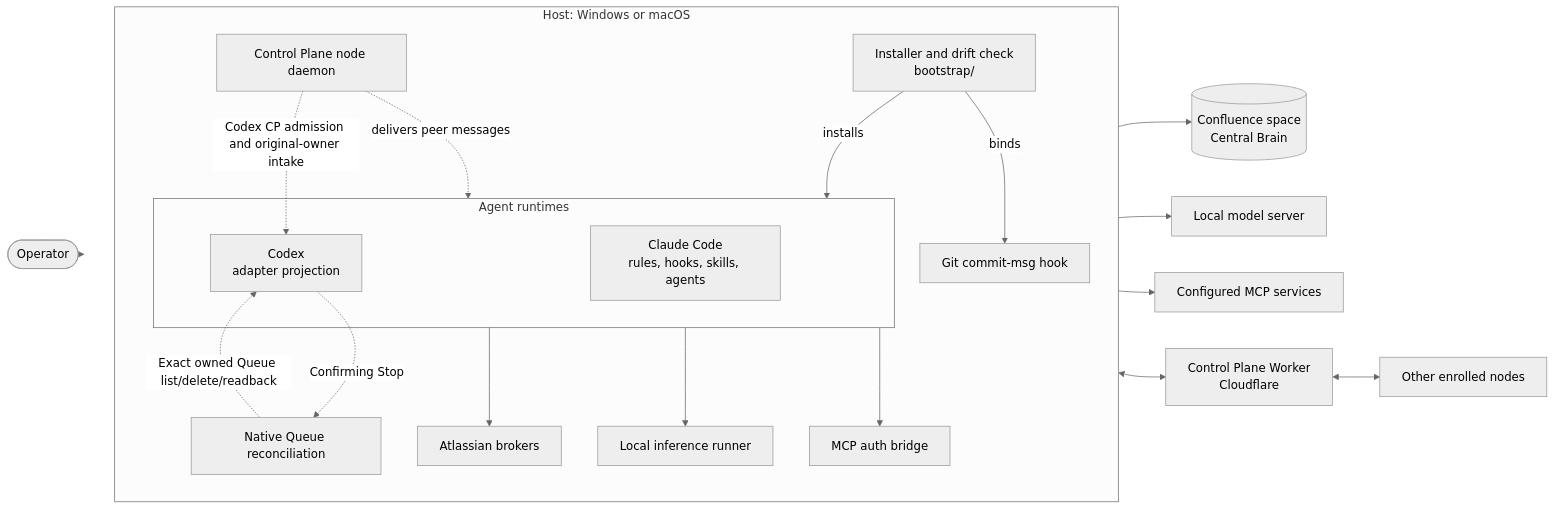
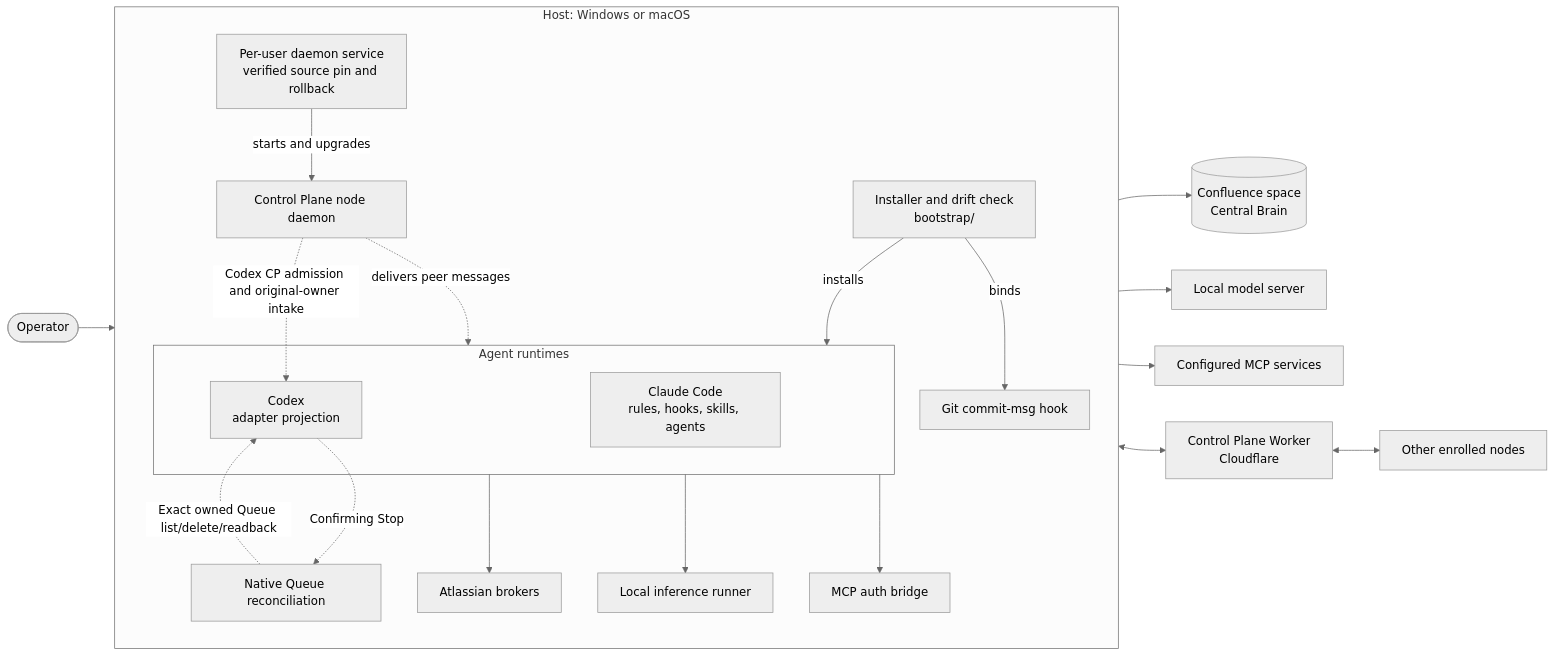
Before and after one commit to cfaysal/kherep: the diagram in README.md, drawn with Mermaid (neutral theme). The commit also changed other lines of this file and 50 other files, not shown here.

Commit message:
Support managed daemon upgrades and rollback

````diff
--- a/README.md
+++ b/README.md
@@ -45,37 +45,39 @@
 ```mermaid
 flowchart LR
   operator([Operator])
 
   subgraph host["Host: Windows or macOS"]
     direction TB
     bootstrap["Installer and drift check<br/>bootstrap/"]
     subgraph runtimes["Agent runtimes"]
       claude["Claude Code<br/>rules, hooks, skills, agents"]
       codex["Codex<br/>adapter projection"]
     end
     githook["Git commit-msg hook"]
     brokers["Atlassian brokers"]
     runner["Local inference runner"]
     bridge["MCP auth bridge"]
     nodeDaemon["Control Plane node daemon"]
+    daemonService["Per-user daemon service<br/>verified source pin and rollback"]
     queueRetire["Native Queue reconciliation"]
   end
 
   confluence[("Confluence space<br/>Central Brain")]
   model["Local model server"]
   mcp["Configured MCP services"]
   worker["Control Plane Worker<br/>Cloudflare"]
   peers["Other enrolled nodes"]
 
   operator --> runtimes
   bootstrap -->|installs| runtimes
   bootstrap -->|binds| githook
   runtimes --> brokers --> confluence
   runtimes --> runner --> model
   runtimes --> bridge --> mcp
   nodeDaemon <--> worker <--> peers
+  daemonService -->|starts and upgrades| nodeDaemon
   nodeDaemon -.->|delivers peer messages| runtimes
   nodeDaemon -.->|Codex CP admission and original-owner intake| codex
   codex -.->|Confirming Stop| queueRetire
   queueRetire -.->|Exact owned Queue list/delete/readback| codex
 ```
````
